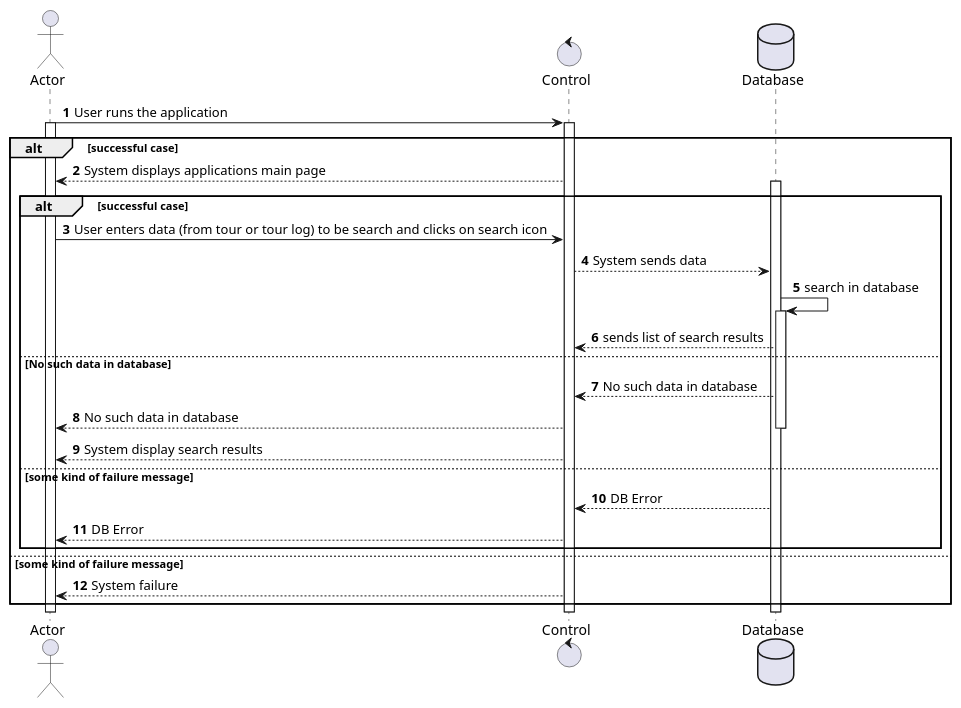
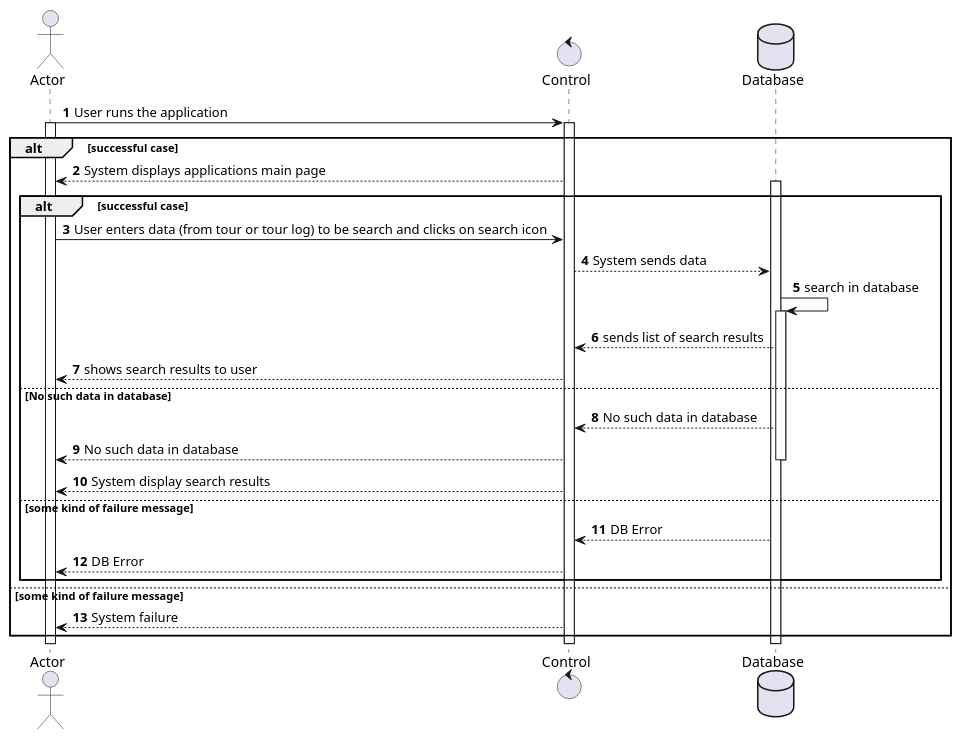
The diagram in Documents/sequenceDiagram.puml (wajudev/TourPlanner), drawn with PlantUML before and after one commit.

Commit message:
Sequence Diagram

```diff
--- a/Documents/sequenceDiagram.puml
+++ b/Documents/sequenceDiagram.puml
@@ -1,33 +1,34 @@
 @startuml
 'https://plantuml.com/sequence-diagram
 
 actor Actor as User
 control Control as System
 database Database as DB
 autonumber
 
 User -> System: User runs the application
 activate User
 activate System
 alt successful case
     System --> User: System displays applications main page
 activate DB
 alt successful case
     User -> System: User enters data (from tour or tour log) to be search and clicks on search icon
     System --> DB: System sends data
     DB -> DB: search in database
 activate DB
     DB --> System: sends list of search results
+    System --> User: shows search results to user
 else No such data in database
     DB --> System: No such data in database
     System --> User:  No such data in database
 deactivate DB
     System --> User: System display search results
 else some kind of failure message
     DB --> System: DB Error
     System --> User: DB Error
 end
 else some kind of failure message
     System --> User: System failure
 end
 @enduml
```
